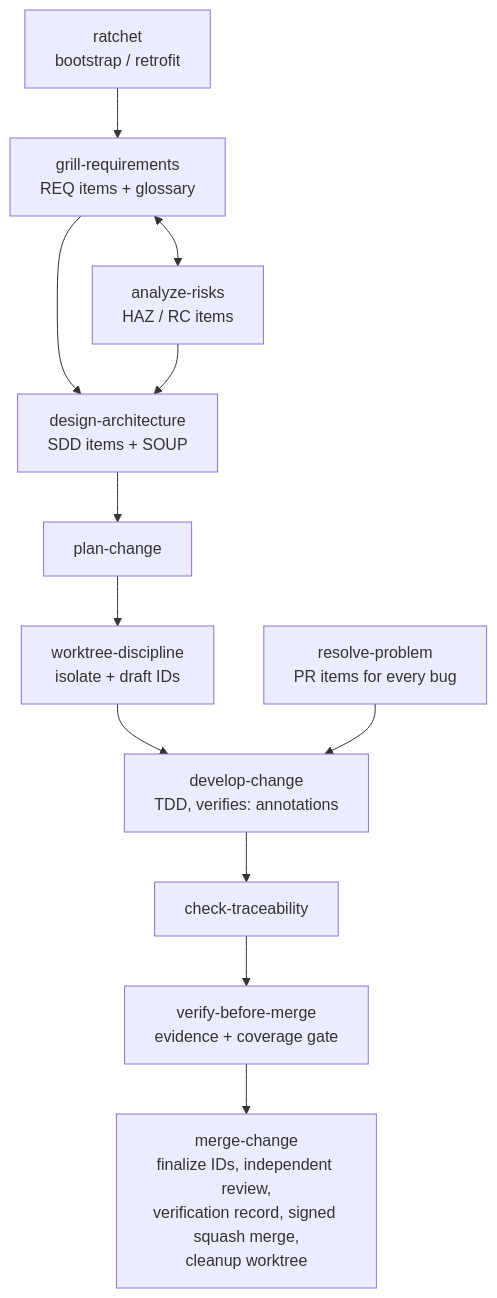
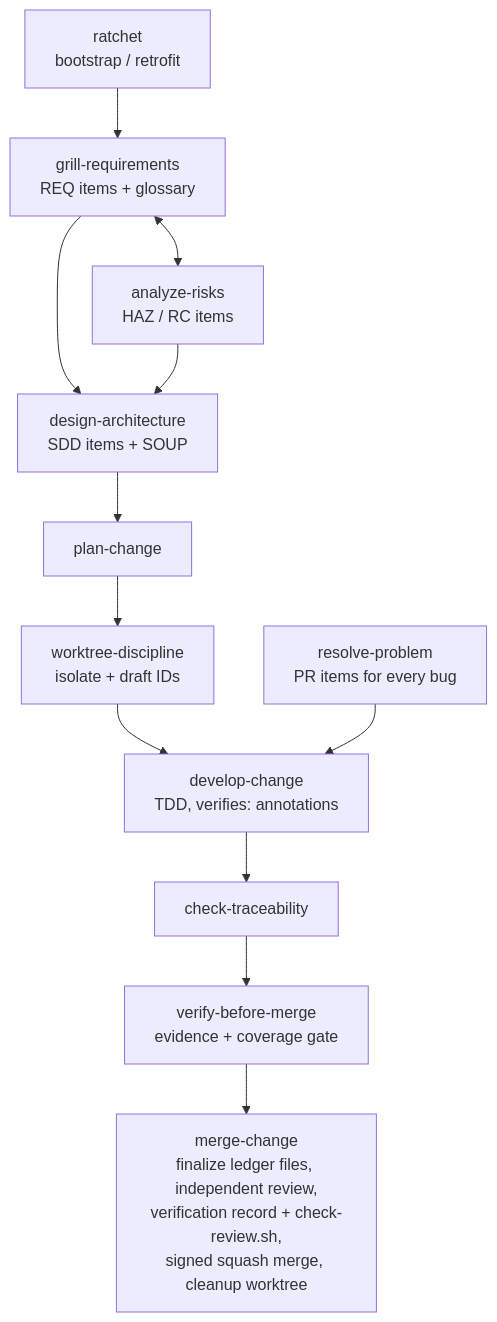
One commit to Jan-Jan/guardrails changed the diagram in README.md. Above: the diagram before and after it, drawn with Mermaid. The commit also changed other lines of this file and 50 other files, not shown here.

````diff
--- a/README.md
+++ b/README.md
@@ -42,14 +42,14 @@
 ```mermaid
 flowchart TD
     R[ratchet<br/>bootstrap / retrofit] --> G[grill-requirements<br/>REQ items + glossary]
     G <--> A[analyze-risks<br/>HAZ / RC items]
     G --> D[design-architecture<br/>SDD items + SOUP]
     A --> D
     D --> P[plan-change]
     P --> W[worktree-discipline<br/>isolate + draft IDs]
     W --> DEV[develop-change<br/>TDD, verifies: annotations]
     B[resolve-problem<br/>PR items for every bug] --> DEV
     DEV --> CT[check-traceability]
     CT --> V[verify-before-merge<br/>evidence + coverage gate]
-    V --> M[merge-change<br/>finalize IDs, independent review,<br/>verification record, signed squash merge,<br/>cleanup worktree]
+    V --> M[merge-change<br/>finalize ledger files, independent review,<br/>verification record + check-review.sh,<br/>signed squash merge, cleanup worktree]
 ```
````
